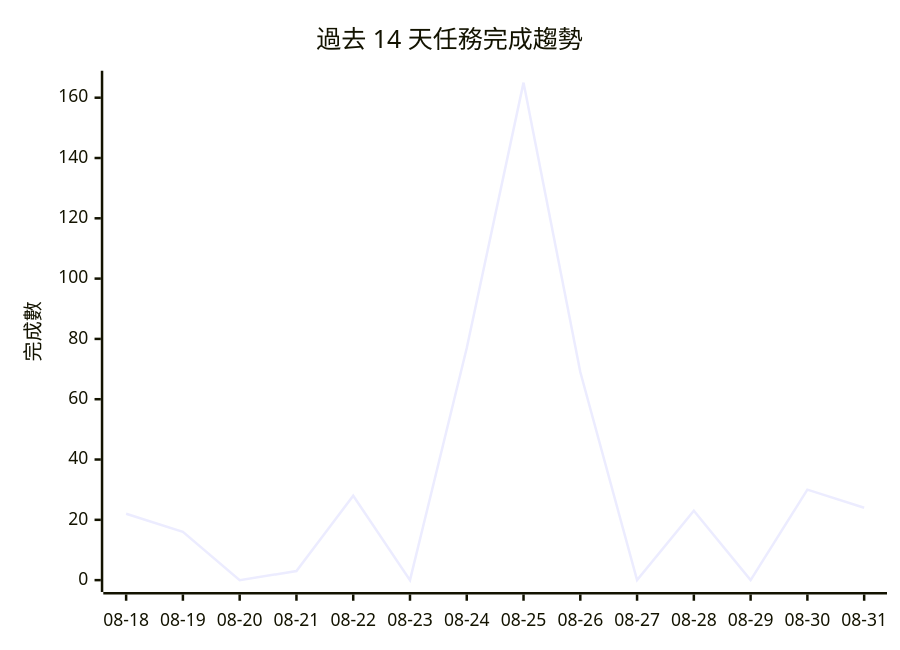
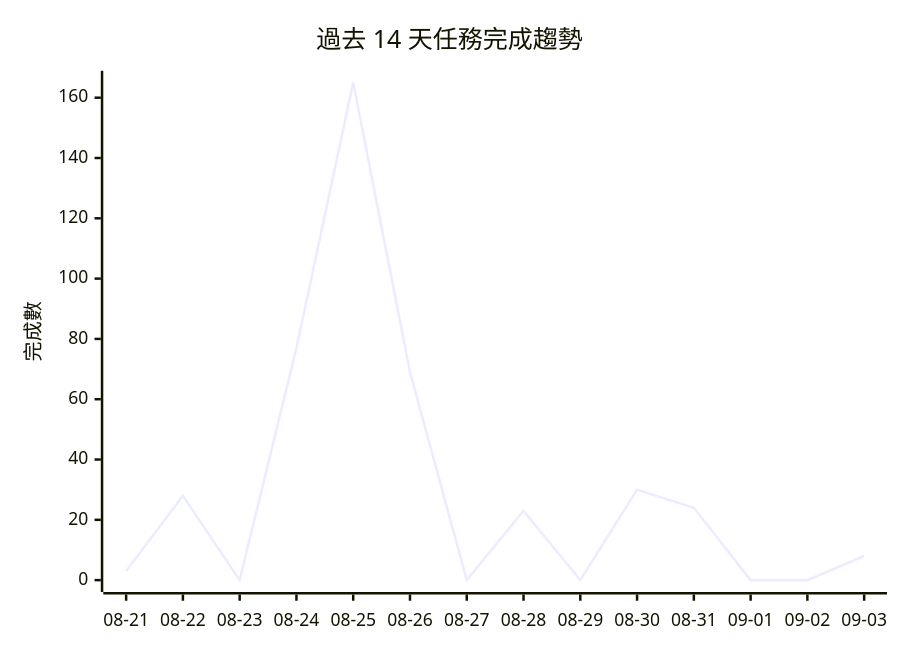
Before and after one commit to gentoobreaking/ai-tasks: the diagram in PROJECTS.md, drawn with Mermaid. The commit also changed other lines of this file and 98 other files, not shown here.

````diff
--- a/PROJECTS.md
+++ b/PROJECTS.md
@@ -31,7 +83,7 @@
 ```mermaid
 xychart-beta
     title "過去 14 天任務完成趨勢"
-    x-axis ["08-18", "08-19", "08-20", "08-21", "08-22", "08-23", "08-24", "08-25", "08-26", "08-27", "08-28", "08-29", "08-30", "08-31"]
+    x-axis ["08-21", "08-22", "08-23", "08-24", "08-25", "08-26", "08-27", "08-28", "08-29", "08-30", "08-31", "09-01", "09-02", "09-03"]
     y-axis "完成數" 0 --> 165
-    line [22, 16, 0, 3, 28, 0, 77, 165, 69, 0, 23, 0, 30, 24]
+    line [3, 28, 0, 77, 165, 69, 0, 23, 0, 30, 24, 0, 0, 8]
 ```
````
